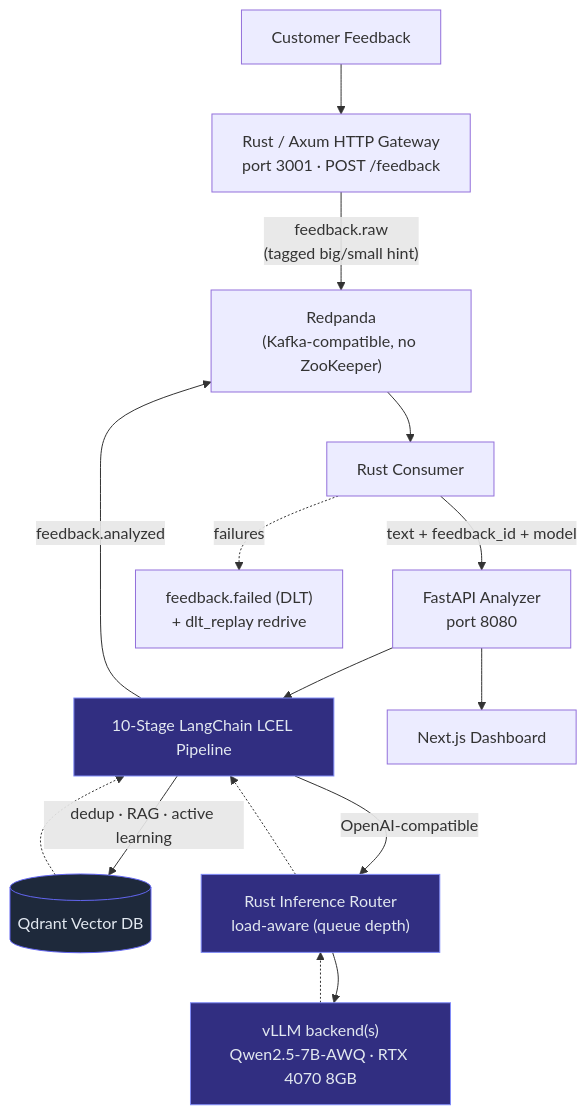
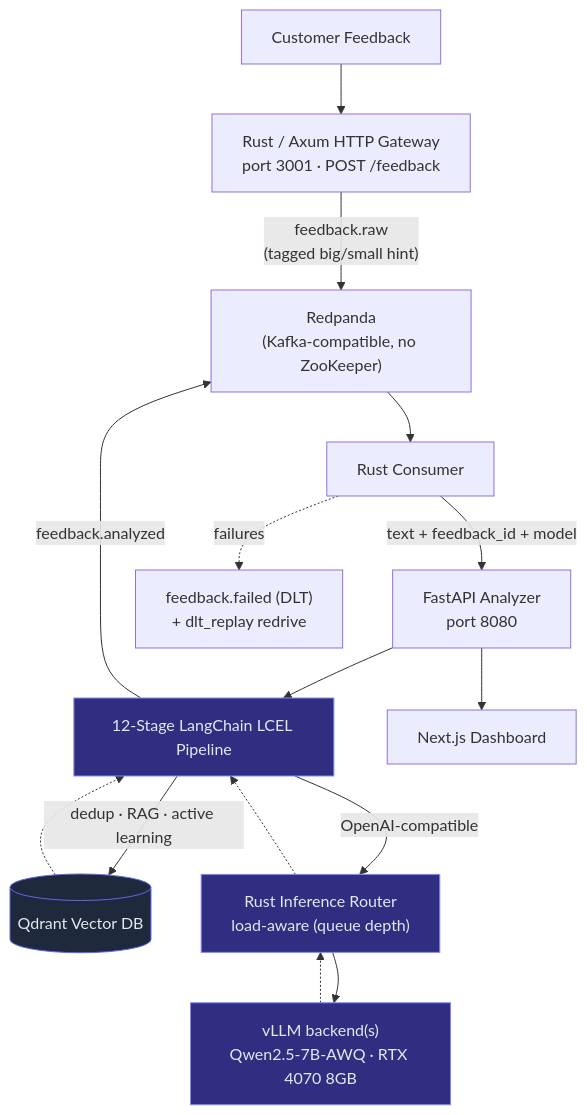
Before and after one commit to SMAXXY26/VOC-sentiment-analyzer: the first of 4 diagrams in README.md, drawn with Mermaid. The commit also changed other lines of this file and 1 other file, not shown here.

````diff
--- a/README.md
+++ b/README.md
@@ -45,21 +46,21 @@
 ```mermaid
 flowchart TD
     CF["Customer Feedback"] --> GW["Rust / Axum HTTP Gateway<br/>port 3001 · POST /feedback"]
     GW -->|"feedback.raw<br/>(tagged big/small hint)"| RP["Redpanda<br/>(Kafka-compatible, no ZooKeeper)"]
     RP --> CONS["Rust Consumer"]
     CONS -->|"text + feedback_id + model"| API["FastAPI Analyzer<br/>port 8080"]
-    API --> PIPE["10-Stage LangChain LCEL Pipeline"]
+    API --> PIPE["12-Stage LangChain LCEL Pipeline"]
     PIPE -->|"dedup · RAG · active learning"| QD[("Qdrant Vector DB")]
     PIPE -->|"OpenAI-compatible"| ROUTER["Rust Inference Router<br/>load-aware (queue depth)"]
     ROUTER --> VLLM["vLLM backend(s)<br/>Qwen2.5-7B-AWQ · RTX 4070 8GB"]
     QD -.-> PIPE
     VLLM -.-> ROUTER -.-> PIPE
     PIPE -->|"feedback.analyzed"| RP
     CONS -.->|"failures"| DLT["feedback.failed (DLT)<br/>+ dlt_replay redrive"]
     API --> DASH["Next.js Dashboard"]
 
     classDef store fill:#1e293b,stroke:#6366f1,color:#e2e8f0;
     classDef infer fill:#312e81,stroke:#818cf8,color:#e2e8f0;
     class QD store;
     class VLLM,PIPE,ROUTER infer;
 ```
````
